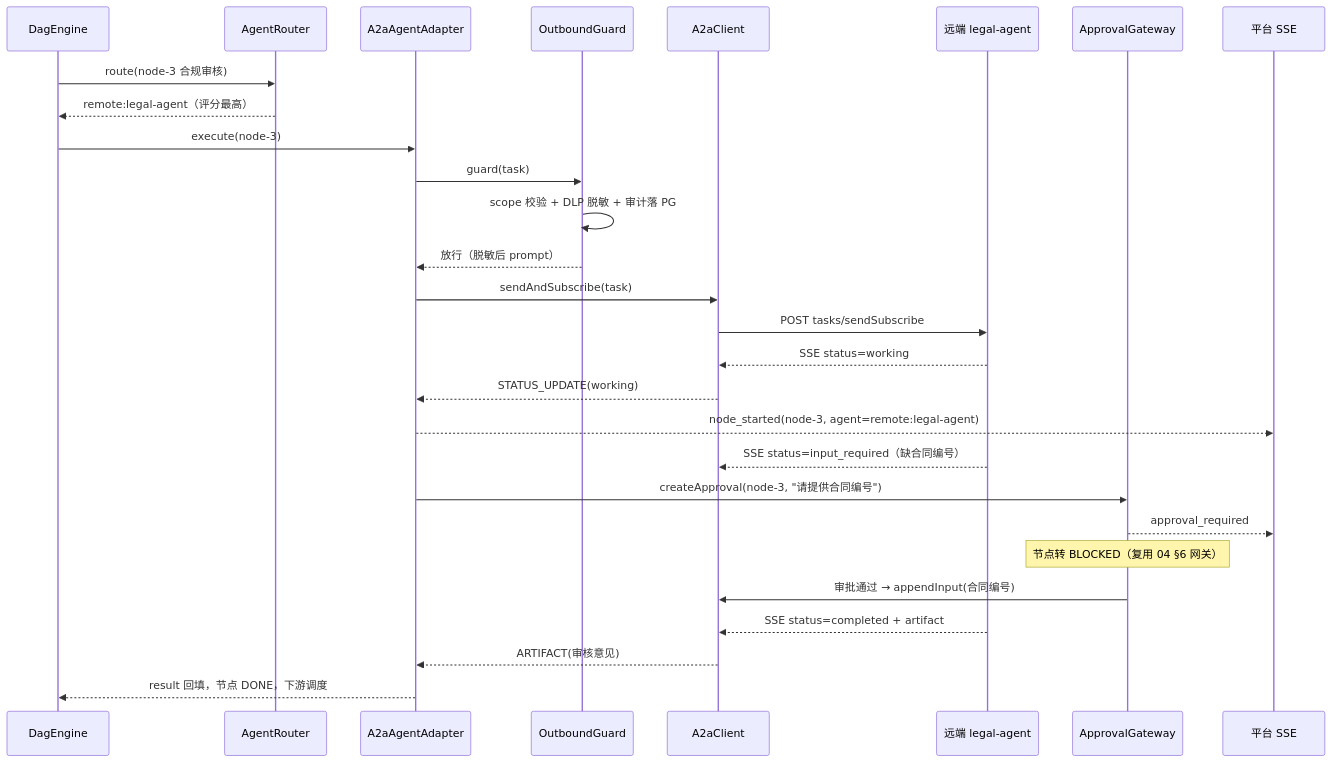
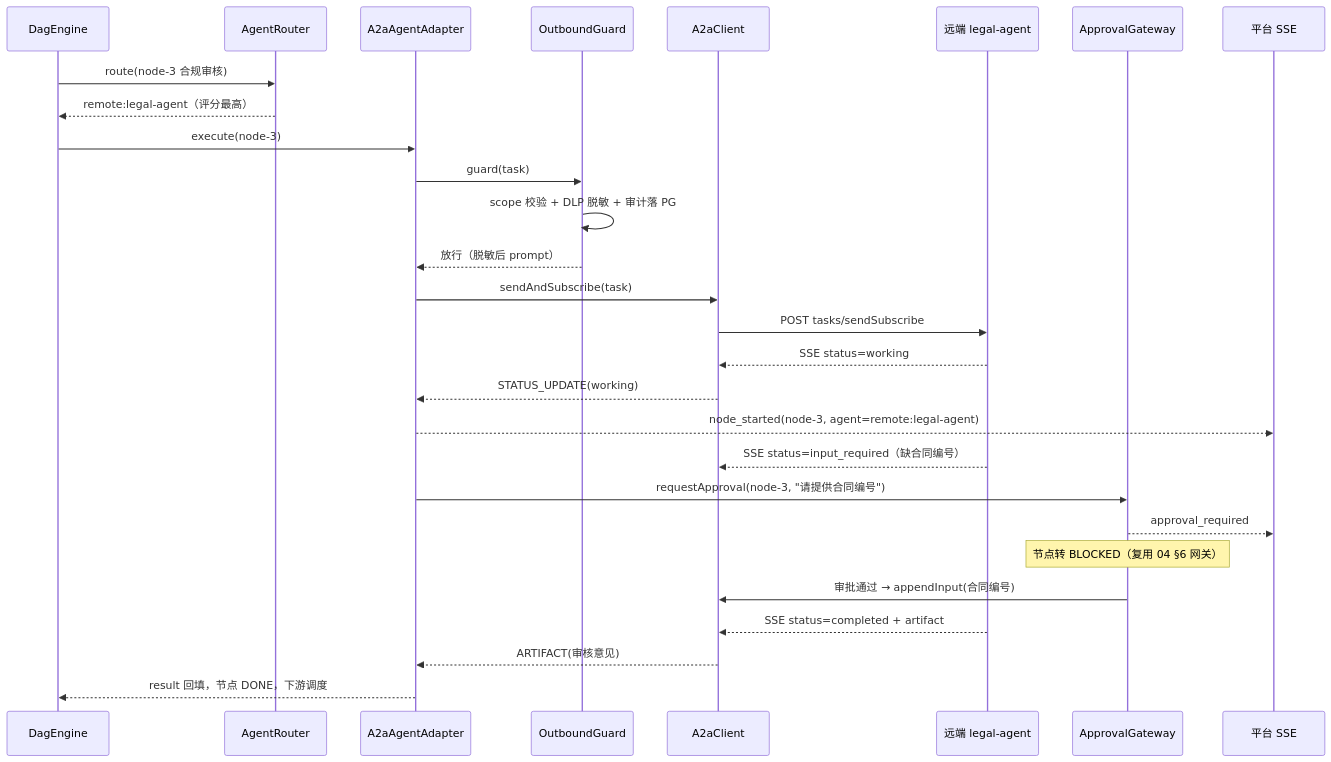
The third of 5 diagrams in docs/项目/02-多Agent协作平台/07-A2A协议与Agent互操作.md (UranusGit/java-agent-learn), drawn with Mermaid before and after one commit. The commit also changed other lines of this file and 10 other files, not shown here.

````diff
--- a/docs/项目/02-多Agent协作平台/07-A2A协议与Agent互操作.md
+++ b/docs/项目/02-多Agent协作平台/07-A2A协议与Agent互操作.md
@@ -502,34 +635,34 @@
 ```mermaid
 sequenceDiagram
     participant DE as DagEngine
     participant RT as AgentRouter
     participant AD as A2aAgentAdapter
     participant GU as OutboundGuard
     participant AC as A2aClient
     participant RA as 远端 legal-agent
     participant AG as ApprovalGateway
     participant SSE as 平台 SSE
 
     DE->>RT: route(node-3 合规审核)
     RT-->>DE: remote:legal-agent（评分最高）
 
     DE->>AD: execute(node-3)
     AD->>GU: guard(task)
     GU->>GU: scope 校验 + DLP 脱敏 + 审计落 PG
     GU-->>AD: 放行（脱敏后 prompt）
 
     AD->>AC: sendAndSubscribe(task)
     AC->>RA: POST tasks/sendSubscribe
     RA-->>AC: SSE status=working
     AC-->>AD: STATUS_UPDATE(working)
     AD-->>SSE: node_started(node-3, agent=remote:legal-agent)
 
     RA-->>AC: SSE status=input_required（缺合同编号）
-    AD->>AG: createApproval(node-3, "请提供合同编号")
+    AD->>AG: requestApproval(node-3, "请提供合同编号")
     AG-->>SSE: approval_required
     Note over AG: 节点转 BLOCKED（复用 04 §6 网关）
     AG->>AC: 审批通过 → appendInput(合同编号)
     RA-->>AC: SSE status=completed + artifact
     AC-->>AD: ARTIFACT(审核意见)
     AD-->>DE: result 回填，节点 DONE，下游调度
 ```
````
